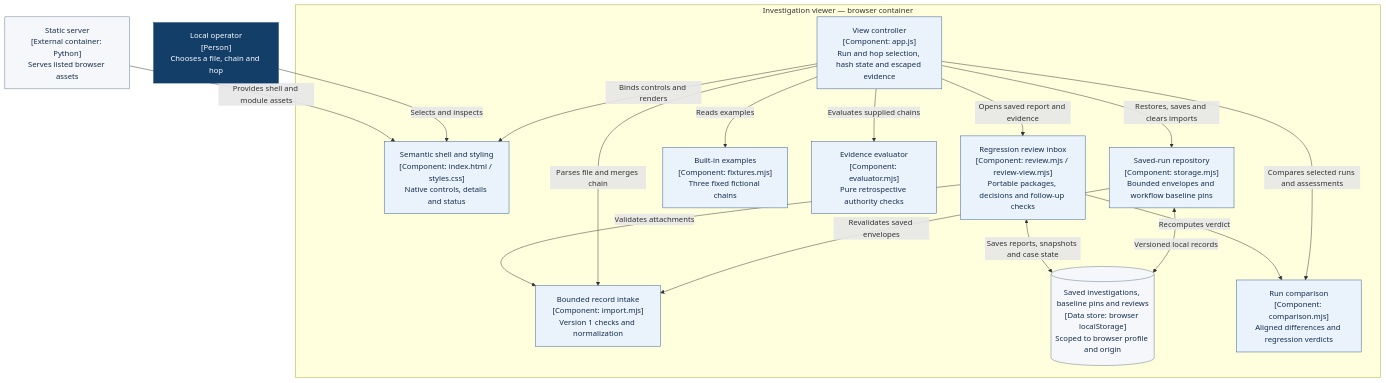
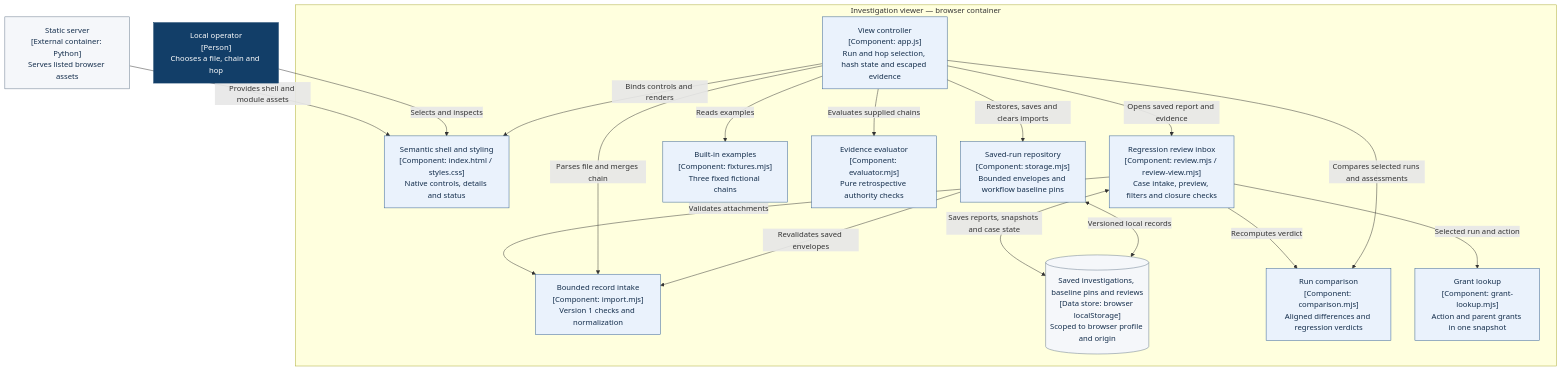
One commit to zrack/agent_delegation_control_plane changed the diagram in docs/architecture/diagrams/c4-components.mmd. Above: the diagram before and after it, drawn with Mermaid. The commit also changed 69 other files, not shown here.

First line of the commit message:
Deliver offline review handoffs, verification and inbox recovery (#52)

```diff
--- a/docs/architecture/diagrams/c4-components.mmd
+++ b/docs/architecture/diagrams/c4-components.mmd
@@ -1,34 +1,36 @@
 flowchart TB
     Operator["Local operator<br/>[Person]<br/>Chooses a file, chain and hop"]
     Server["Static server<br/>[External container: Python]<br/>Serves listed browser assets"]
     subgraph Browser[Investigation viewer — browser container]
       Shell["Semantic shell and styling<br/>[Component: index.html / styles.css]<br/>Native controls, details and status"]
       App["View controller<br/>[Component: app.js]<br/>Run and hop selection, hash state and escaped evidence"]
       Intake["Bounded record intake<br/>[Component: import.mjs]<br/>Version 1 checks and normalization"]
       Store["Saved-run repository<br/>[Component: storage.mjs]<br/>Bounded envelopes and workflow baseline pins"]
       Saved[("Saved investigations, baseline pins and reviews<br/>[Data store: browser localStorage]<br/>Scoped to browser profile and origin")]
       App -->|Restores, saves and clears imports| Store
       Store <-->|Versioned local records| Saved
       Store -->|Revalidates saved envelopes| Intake
       Fixtures["Built-in examples<br/>[Component: fixtures.mjs]<br/>Three fixed fictional chains"]
       Eval["Evidence evaluator<br/>[Component: evaluator.mjs]<br/>Pure retrospective authority checks"]
       Compare["Run comparison<br/>[Component: comparison.mjs]<br/>Aligned differences and regression verdicts"]
-      Inbox["Regression review inbox<br/>[Component: review.mjs / review-view.mjs]<br/>Portable packages, decisions and follow-up checks"]
+      Inbox["Regression review inbox<br/>[Component: review.mjs / review-view.mjs]<br/>Case intake, preview, filters and closure checks"]
+      Lookup["Grant lookup<br/>[Component: grant-lookup.mjs]<br/>Action and parent grants in one snapshot"]
+      Inbox -->|Selected run and action| Lookup
       App -->|Binds controls and renders| Shell
       App -->|Parses file and merges chain| Intake
       App -->|Reads examples| Fixtures
       App -->|Evaluates supplied chains| Eval
       App -->|Compares selected runs and assessments| Compare
       App -->|Opens saved report and evidence| Inbox
       Inbox -->|Validates attachments| Intake
       Inbox -->|Recomputes verdict| Compare
       Inbox <-->|Saves reports, snapshots and case state| Saved
     end
     Operator -->|Selects and inspects| Shell
     Server -->|Provides shell and module assets| Shell
     classDef person fill:#123e68,stroke:#123e68,color:#fff
     classDef component fill:#eaf2fc,stroke:#325e91,color:#132d4b
     classDef external fill:#f5f7fa,stroke:#66788c,color:#132d4b
     class Operator person
-    class Shell,App,Intake,Fixtures,Eval,Store,Compare,Inbox component
+    class Shell,App,Intake,Fixtures,Eval,Store,Compare,Inbox,Lookup component
     class Server,Saved external
```
